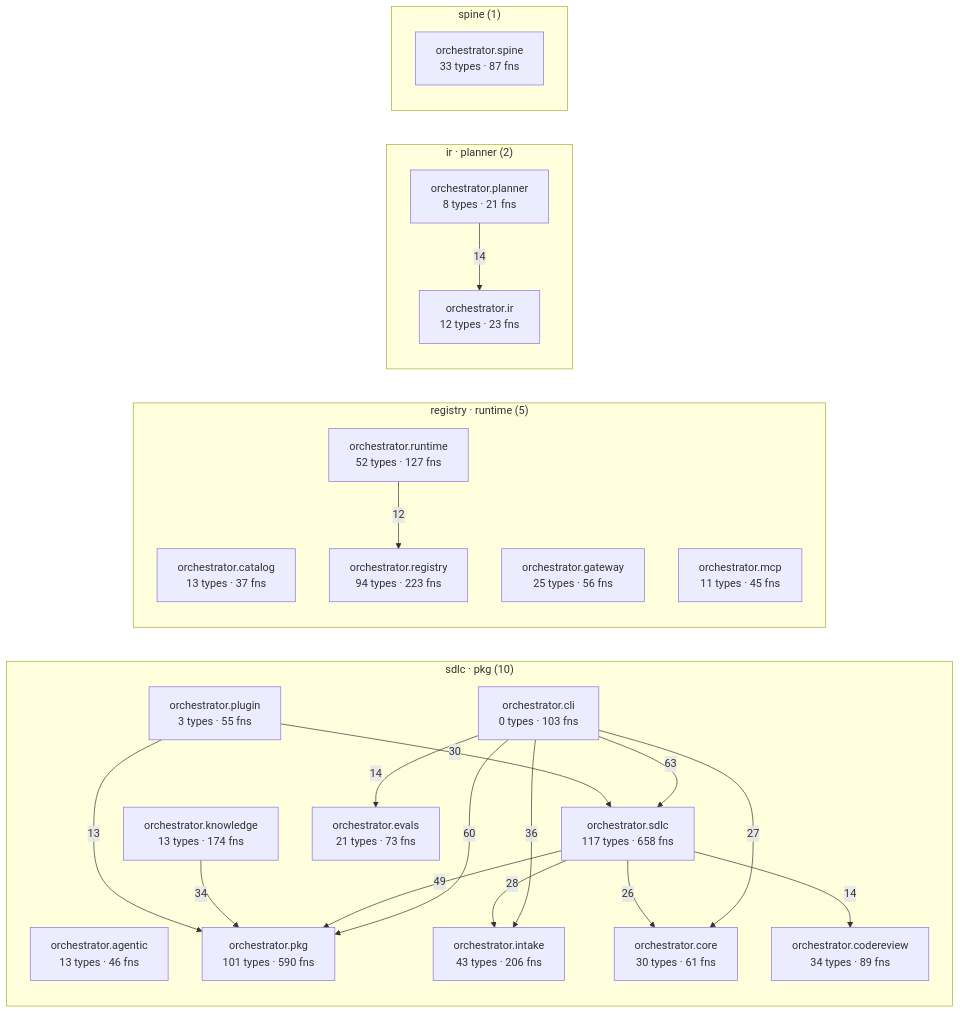
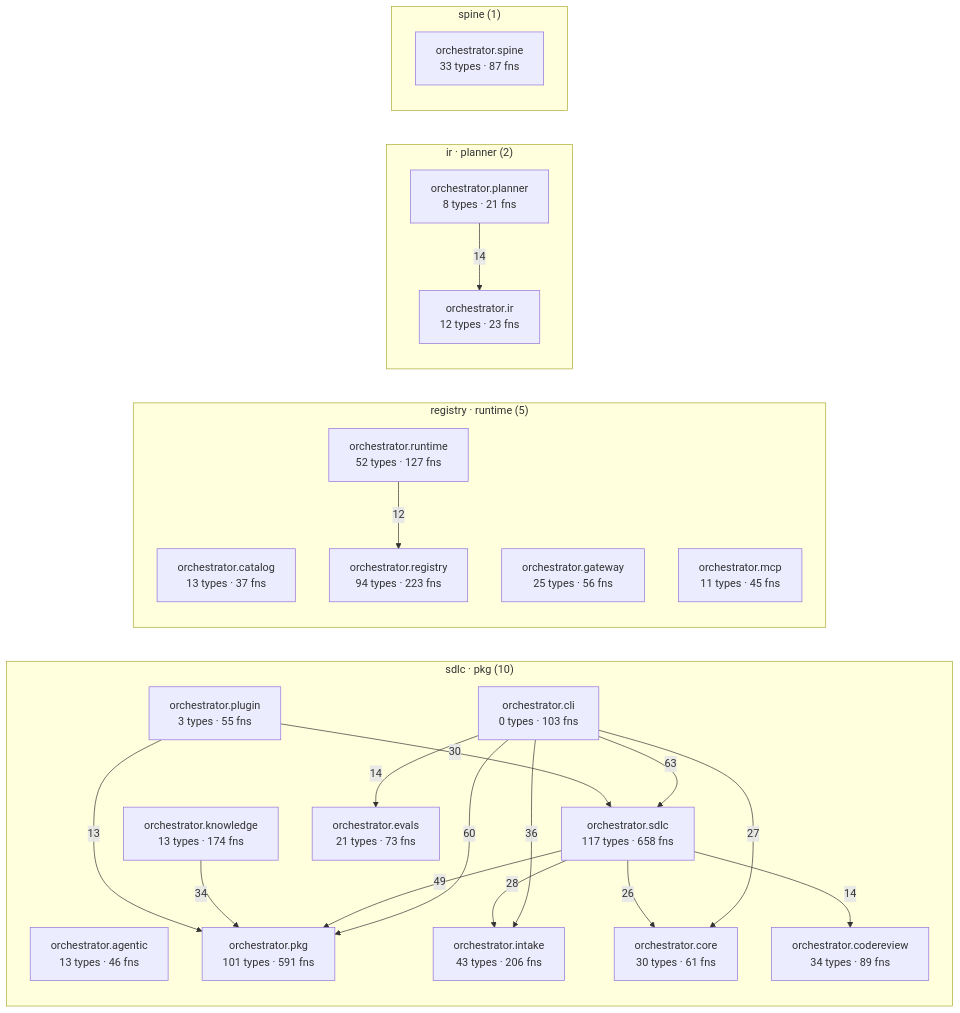
The diagram in episteme/architecture.md (synaptixs/spine), drawn with Mermaid before and after one commit. The commit also changed other lines of this file and 16 other files, not shown here.

````diff
--- a/episteme/architecture.md
+++ b/episteme/architecture.md
@@ -54,43 +54,43 @@
 ```mermaid
 flowchart LR
   subgraph c_2["sdlc · pkg (10)"]
     aorchestratoragentic["orchestrator.agentic<br/>13 types · 46 fns"]
     aorchestratorcli["orchestrator.cli<br/>0 types · 103 fns"]
     aorchestratorcodereview["orchestrator.codereview<br/>34 types · 89 fns"]
     aorchestratorcore["orchestrator.core<br/>30 types · 61 fns"]
     aorchestratorevals["orchestrator.evals<br/>21 types · 73 fns"]
     aorchestratorintake["orchestrator.intake<br/>43 types · 206 fns"]
     aorchestratorknowledge["orchestrator.knowledge<br/>13 types · 174 fns"]
-    aorchestratorpkg["orchestrator.pkg<br/>101 types · 590 fns"]
+    aorchestratorpkg["orchestrator.pkg<br/>101 types · 591 fns"]
     aorchestratorplugin["orchestrator.plugin<br/>3 types · 55 fns"]
     aorchestratorsdlc["orchestrator.sdlc<br/>117 types · 658 fns"]
   end
   subgraph c_4["registry · runtime (5)"]
     aorchestratorcatalog["orchestrator.catalog<br/>13 types · 37 fns"]
     aorchestratorgateway["orchestrator.gateway<br/>25 types · 56 fns"]
     aorchestratormcp["orchestrator.mcp<br/>11 types · 45 fns"]
     aorchestratorregistry["orchestrator.registry<br/>94 types · 223 fns"]
     aorchestratorruntime["orchestrator.runtime<br/>52 types · 127 fns"]
   end
   subgraph c_7["ir · planner (2)"]
     aorchestratorir["orchestrator.ir<br/>12 types · 23 fns"]
     aorchestratorplanner["orchestrator.planner<br/>8 types · 21 fns"]
   end
   subgraph c_10["spine (1)"]
     aorchestratorspine["orchestrator.spine<br/>33 types · 87 fns"]
   end
   aorchestratorcli -->|63| aorchestratorsdlc
   aorchestratorcli -->|60| aorchestratorpkg
   aorchestratorsdlc -->|49| aorchestratorpkg
   aorchestratorcli -->|36| aorchestratorintake
   aorchestratorknowledge -->|34| aorchestratorpkg
   aorchestratorplugin -->|30| aorchestratorsdlc
   aorchestratorsdlc -->|28| aorchestratorintake
   aorchestratorcli -->|27| aorchestratorcore
   aorchestratorsdlc -->|26| aorchestratorcore
   aorchestratorcli -->|14| aorchestratorevals
   aorchestratorplanner -->|14| aorchestratorir
   aorchestratorsdlc -->|14| aorchestratorcodereview
   aorchestratorplugin -->|13| aorchestratorpkg
   aorchestratorruntime -->|12| aorchestratorregistry
 ```
````
